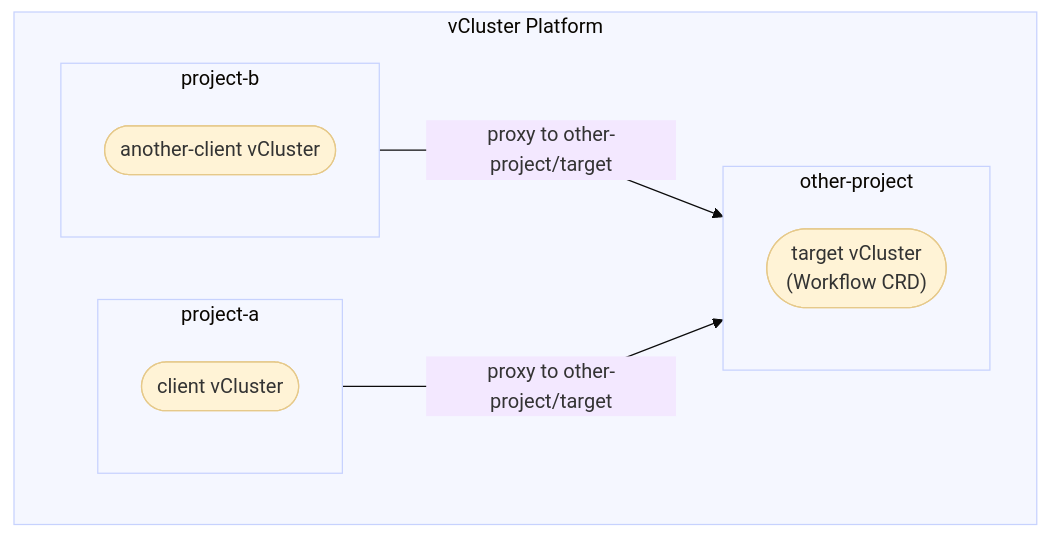
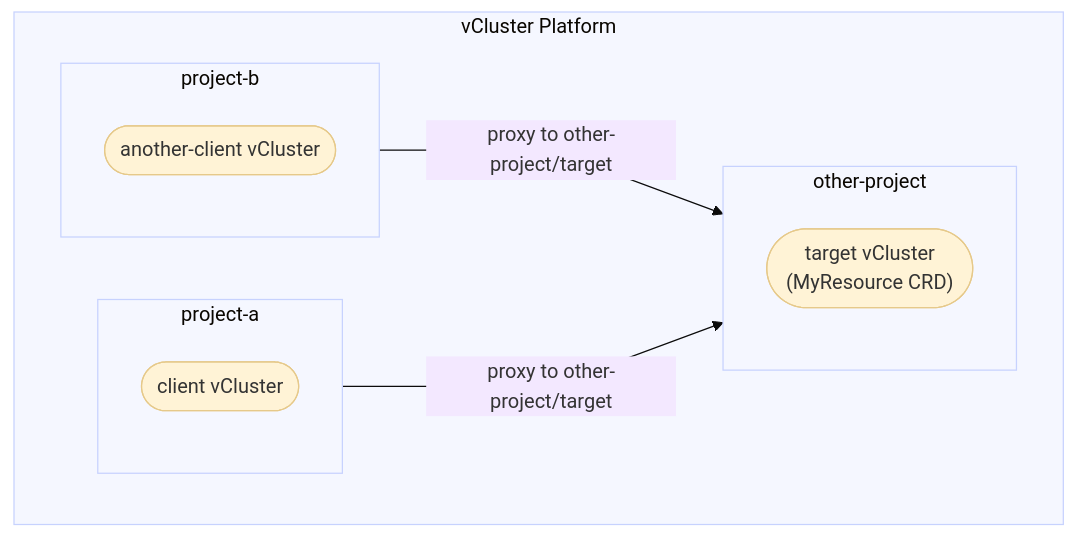
Before and after one commit to loft-sh/vcluster-docs: the fourth of 4 diagrams in vcluster/configure/vcluster-yaml/experimental/proxy.mdx, drawn with Mermaid. The commit also changed other lines of this file and 4 other files, not shown here.

````diff
--- a/vcluster/configure/vcluster-yaml/experimental/proxy.mdx
+++ b/vcluster/configure/vcluster-yaml/experimental/proxy.mdx
@@ -361,33 +361,33 @@
 ```mermaid
 %%{init: {'theme': 'base', 'themeVariables': {'edgeLabelBackground':'#F3E8FF','edgeLabelColor':'#111827'}, 'flowchart': {'curve': 'linear'}}}%%
 flowchart TB
   subgraph platform["vCluster Platform"]
     direction LR
 
     subgraph project_a["project-a"]
       direction TB
       client_a([client vCluster])
     end
 
     subgraph project_b["project-b"]
       direction TB
       client_b([another-client vCluster])
     end
 
     subgraph other_project["other-project"]
       direction TB
-      target(["target vCluster<br />(Workflow CRD)"])
+      target(["target vCluster<br />(MyResource CRD)"])
     end
   end
 
   client_a -->|proxy to other-project/target| target
   client_b -->|proxy to other-project/target| target
 
   classDef node fill:#FFF3D6,stroke:#E6C98A,stroke-width:1px,rx:0,ry:0;
   class client_a,client_b,target node;
 
   style platform fill:#F5F7FF,stroke:#C7D2FE,stroke-width:1px,rx:0,ry:0;
   style project_a fill:#F5F7FF,stroke:#C7D2FE,stroke-width:1px,rx:0,ry:0;
   style project_b fill:#F5F7FF,stroke:#C7D2FE,stroke-width:1px,rx:0,ry:0;
   style other_project fill:#F5F7FF,stroke:#C7D2FE,stroke-width:1px,rx:0,ry:0;
 ```
````
